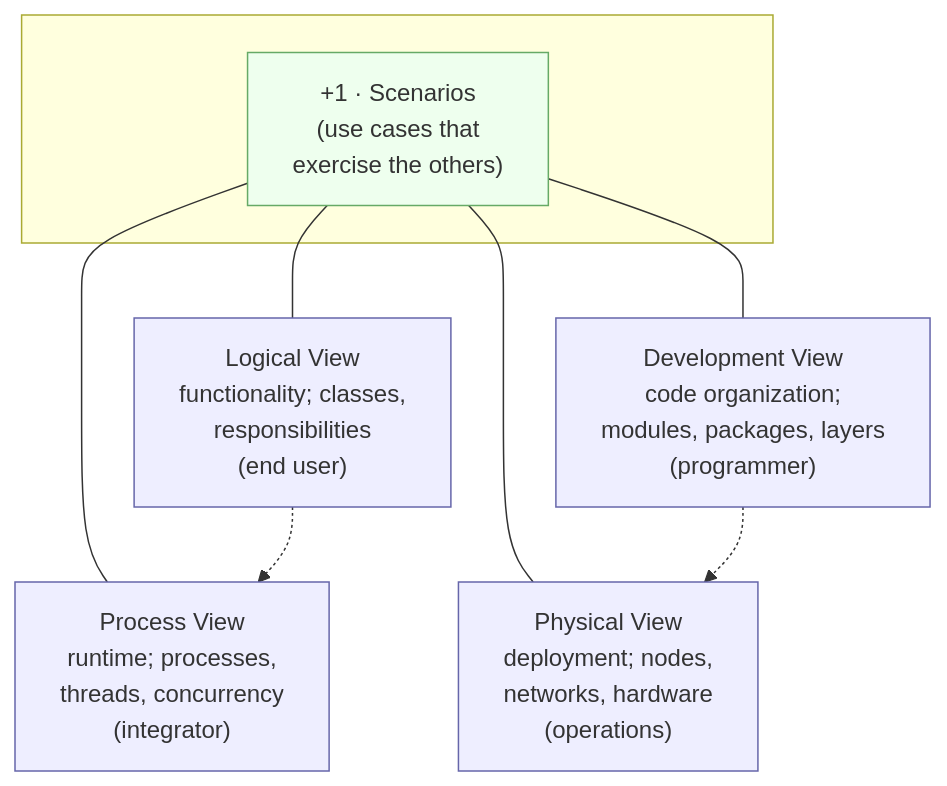
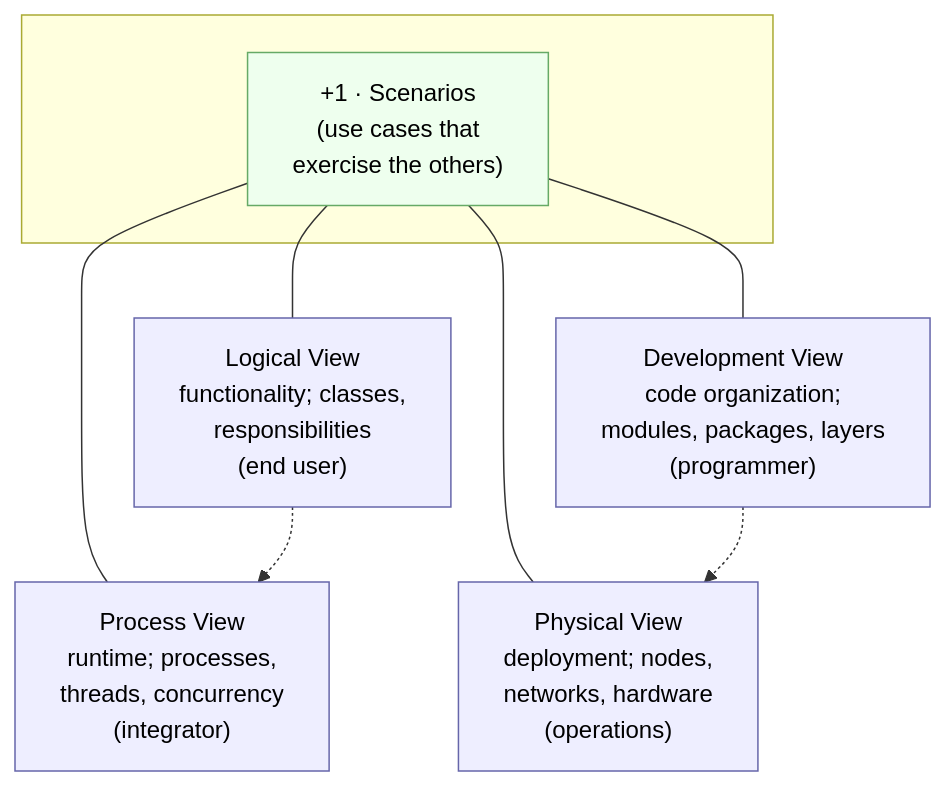
Before and after one commit to vrthra/open-swe-book: the third of 5 diagrams in chapters/06-design-and-architecture/README.md, drawn with Mermaid. The commit also changed other lines of this file and 9 other files, not shown here.

Commit message:
Fix for typos and diagrams in dark mode

````diff
--- a/chapters/06-design-and-architecture/README.md
+++ b/chapters/06-design-and-architecture/README.md
@@ -406,20 +406,20 @@
 ```mermaid
 flowchart TB
     subgraph plus1[" "]
         SC["+1 · Scenarios<br/>(use cases that<br/>exercise the others)"]
     end
     LOG["Logical View<br/>functionality; classes,<br/>responsibilities<br/>(end user)"]
     DEV["Development View<br/>code organization;<br/>modules, packages, layers<br/>(programmer)"]
     PROC["Process View<br/>runtime; processes,<br/>threads, concurrency<br/>(integrator)"]
     PHYS["Physical View<br/>deployment; nodes,<br/>networks, hardware<br/>(operations)"]
     SC --- LOG
     SC --- DEV
     SC --- PROC
     SC --- PHYS
     LOG -.-> PROC
     DEV -.-> PHYS
-    classDef v fill:#eef,stroke:#66a;
-    classDef s fill:#efe,stroke:#6a6;
+    classDef v fill:#eef,stroke:#66a,color:#000;
+    classDef s fill:#efe,stroke:#6a6,color:#000;
     class LOG,DEV,PROC,PHYS v;
     class SC s;
 ```
````
